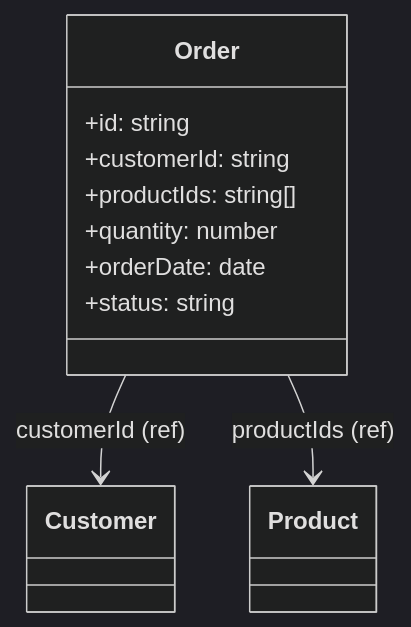
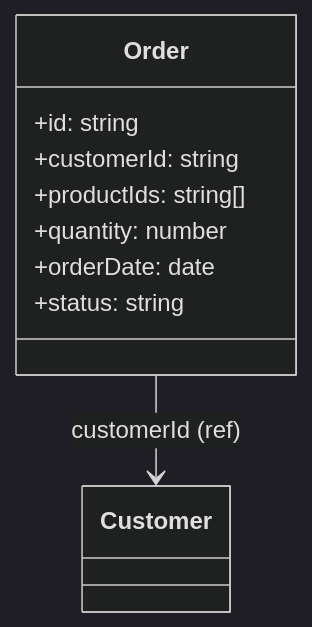
One commit to kothar/zod-mermaid changed diagram 15 of 16 in examples/mermaid-examples.md. Above: the diagram before and after it, drawn with Mermaid (dark theme). The commit also changed other lines of this file and 6 other files, not shown here.

Commit message:
WIP replacing monkeypatched references on schemas with use of the global metadata registry

````diff
--- a/examples/mermaid-examples.md
+++ b/examples/mermaid-examples.md
@@ -366,17 +365,14 @@
 ```mermaid
 classDiagram
     class Order {
         +id: string
         +customerId: string
         +productIds: string[]
         +quantity: number
         +orderDate: date
         +status: string
     }
     class Customer {
     }
-    class Product {
-    }
     Order --> Customer : customerId (ref)
-    Order --> Product : productIds (ref)
 ```
````
